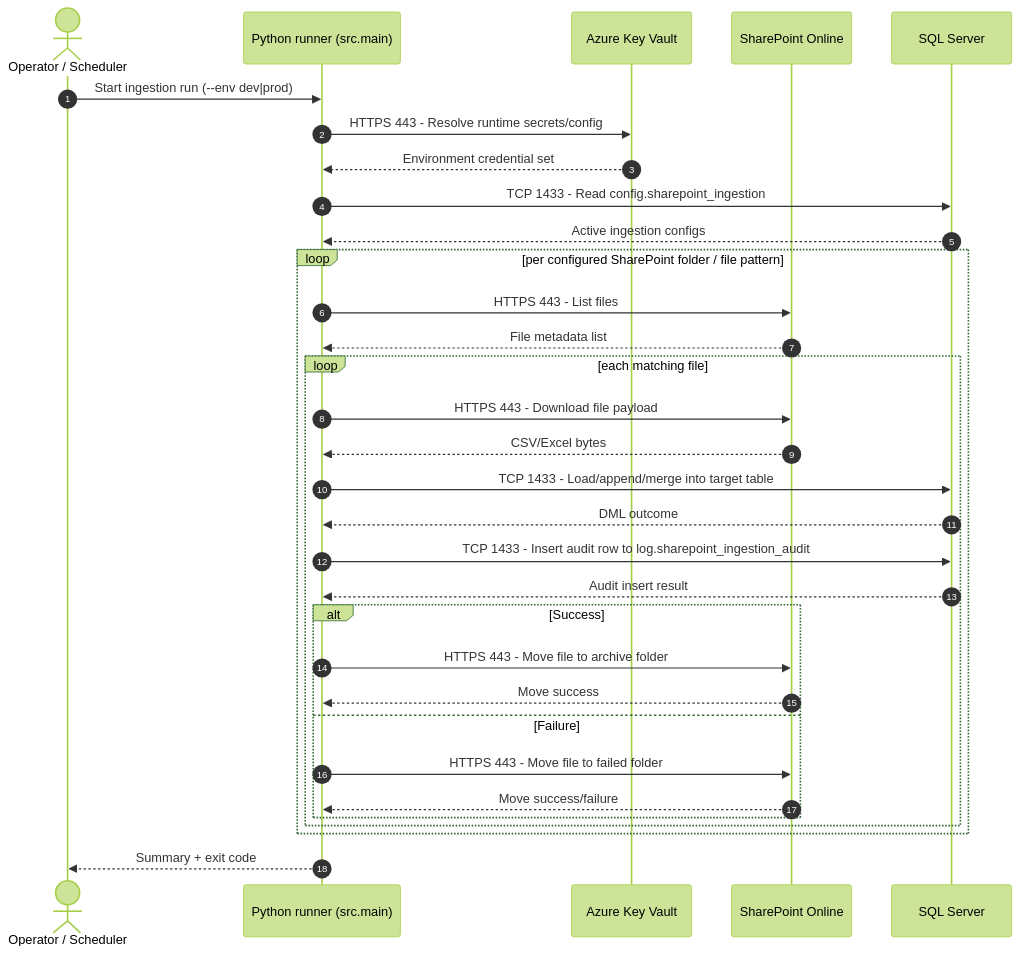
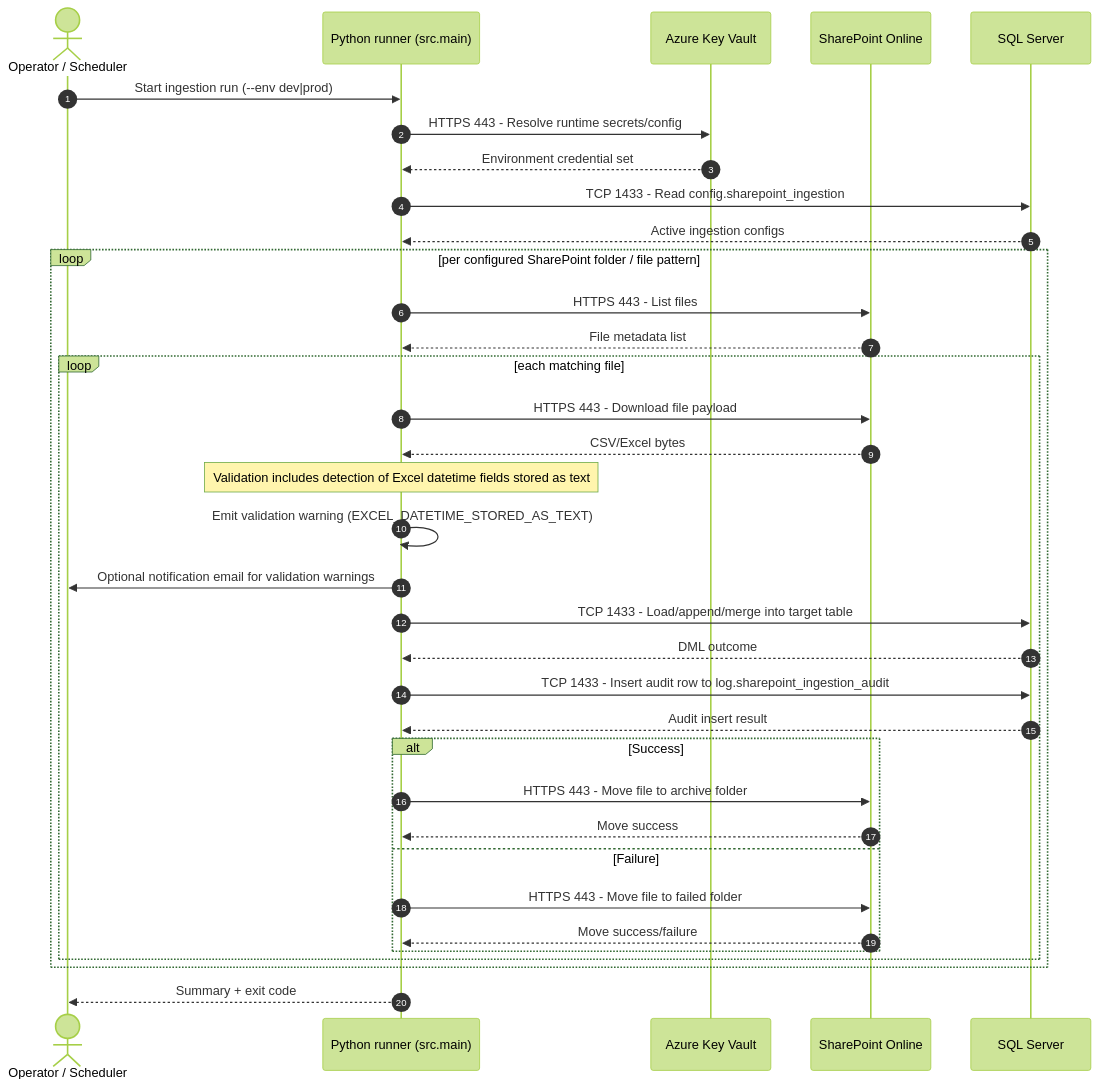
One commit to nrc73/python_sharepoint_ingest changed the second of 2 diagrams in docs/architecture/sharepoint_ingestion_sequence.md. Above: the diagram before and after it, drawn with Mermaid (forest theme). The commit also changed 33 other files, not shown here.

````diff
--- a/docs/architecture/sharepoint_ingestion_sequence.md
+++ b/docs/architecture/sharepoint_ingestion_sequence.md
@@ -39,43 +39,47 @@
 ```mermaid
 sequenceDiagram
     autonumber
     actor Ops as Operator / Scheduler
     participant Py as Python runner (src.main)
     participant AKV as Azure Key Vault
     participant SP as SharePoint Online
     participant SQL as SQL Server
 
     Ops->>Py: Start ingestion run (--env dev|prod)
 
     Py->>AKV: HTTPS 443 - Resolve runtime secrets/config
     AKV-->>Py: Environment credential set
 
     Py->>SQL: TCP 1433 - Read config.sharepoint_ingestion
     SQL-->>Py: Active ingestion configs
 
     loop per configured SharePoint folder / file pattern
         Py->>SP: HTTPS 443 - List files
         SP-->>Py: File metadata list
 
         loop each matching file
             Py->>SP: HTTPS 443 - Download file payload
             SP-->>Py: CSV/Excel bytes
 
+            Note over Py: Validation includes detection of Excel datetime fields stored as text
+            Py->>Py: Emit validation warning (EXCEL_DATETIME_STORED_AS_TEXT)
+            Py->>Ops: Optional notification email for validation warnings
+
             Py->>SQL: TCP 1433 - Load/append/merge into target table
             SQL-->>Py: DML outcome
 
             Py->>SQL: TCP 1433 - Insert audit row to log.sharepoint_ingestion_audit
             SQL-->>Py: Audit insert result
 
             alt Success
                 Py->>SP: HTTPS 443 - Move file to archive folder
                 SP-->>Py: Move success
             else Failure
                 Py->>SP: HTTPS 443 - Move file to failed folder
                 SP-->>Py: Move success/failure
             end
         end
     end
 
     Py-->>Ops: Summary + exit code
 ```
````
